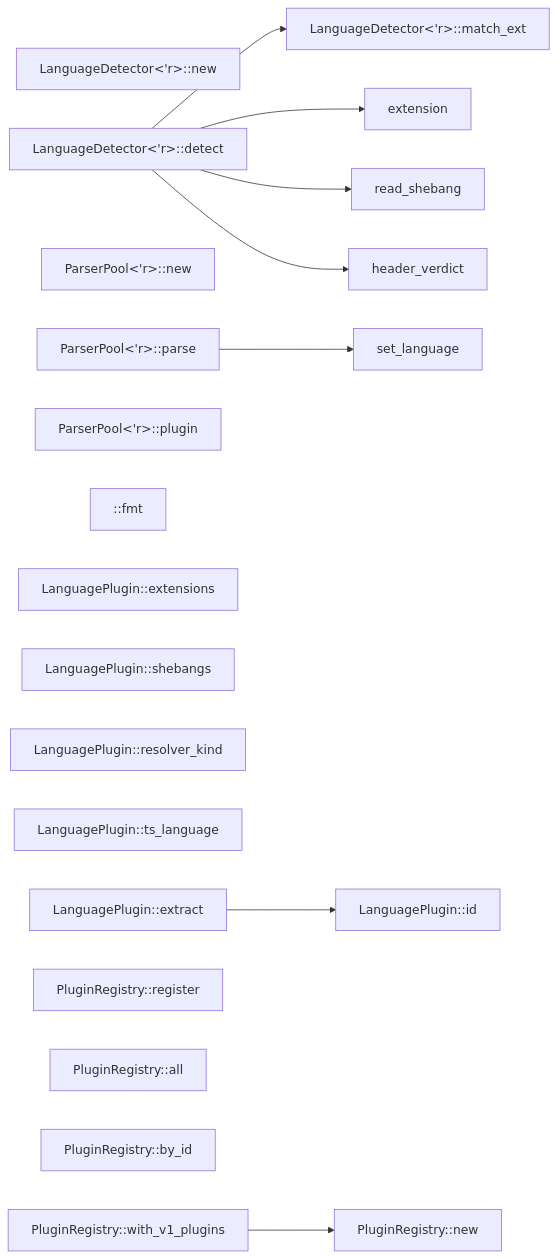
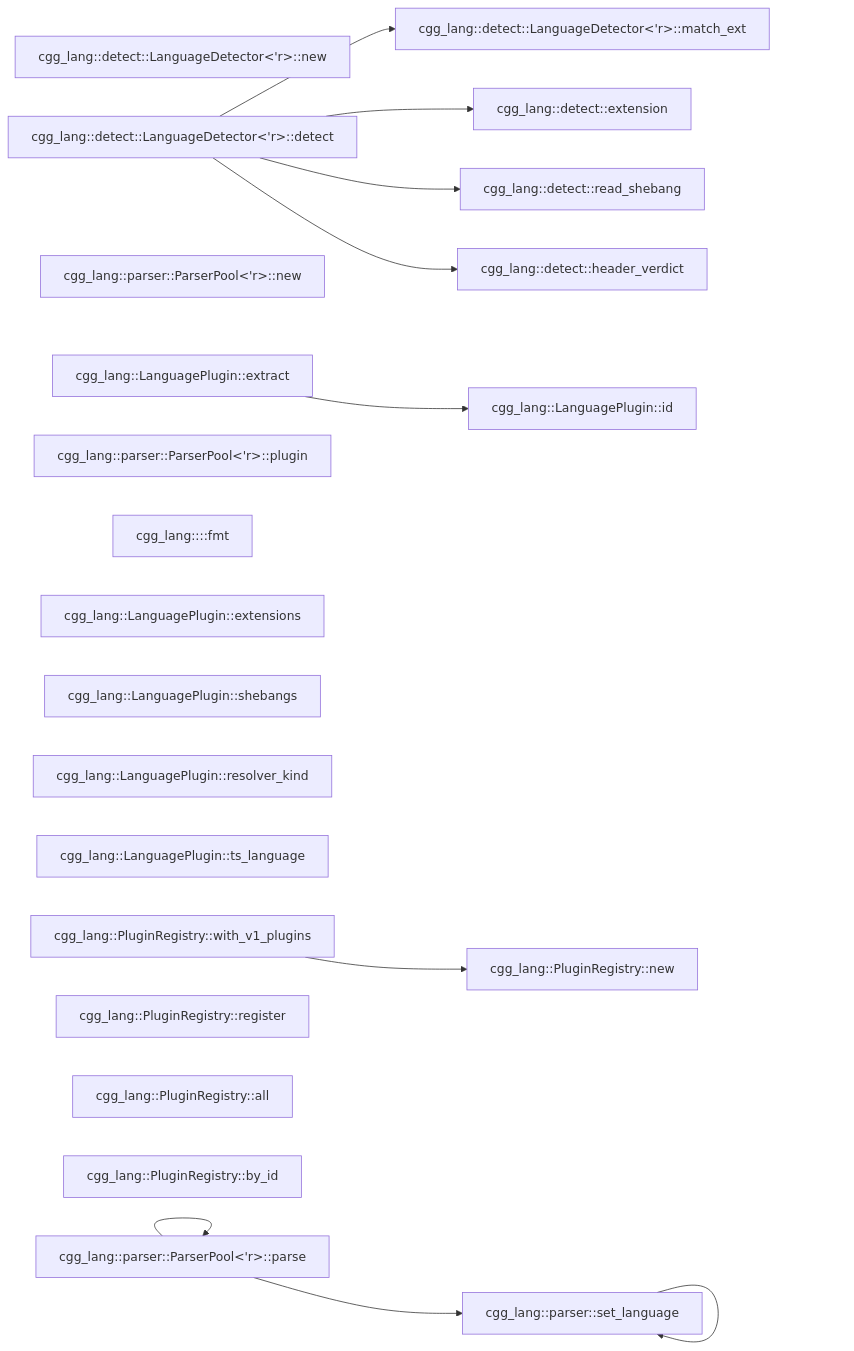
One commit to NeuralNotwerk/cgg changed the second of 2 diagrams in README.md. Above: the diagram before and after it, drawn with Mermaid. The commit also changed other lines of this file and 13 other files, not shown here.

````diff
--- a/README.md
+++ b/README.md
@@ -80,32 +80,34 @@
 ```mermaid
 flowchart LR
-  C0["LanguageDetector<'r>::new"]
-  C1["LanguageDetector<'r>::detect"]
-  C2["LanguageDetector<'r>::match_ext"]
-  C3["extension"]
-  C4["read_shebang"]
-  C5["header_verdict"]
-  C14["ParserPool<'r>::new"]
-  C15["ParserPool<'r>::parse"]
-  C16["ParserPool<'r>::plugin"]
-  C17["set_language"]
-  C21["<ResolverKind as fmt::Display>::fmt"]
-  C22["LanguagePlugin::id"]
-  C23["LanguagePlugin::extensions"]
-  C24["LanguagePlugin::shebangs"]
-  C25["LanguagePlugin::resolver_kind"]
-  C26["LanguagePlugin::ts_language"]
-  C27["LanguagePlugin::extract"]
-  C28["PluginRegistry::new"]
-  C29["PluginRegistry::register"]
-  C30["PluginRegistry::all"]
-  C31["PluginRegistry::by_id"]
-  C32["PluginRegistry::with_v1_plugins"]
+  C0["cgg_lang::detect::LanguageDetector<'r>::new"]
+  C1["cgg_lang::detect::LanguageDetector<'r>::detect"]
+  C2["cgg_lang::detect::LanguageDetector<'r>::match_ext"]
+  C3["cgg_lang::detect::extension"]
+  C4["cgg_lang::detect::read_shebang"]
+  C5["cgg_lang::detect::header_verdict"]
+  C14["cgg_lang::parser::ParserPool<'r>::new"]
+  C15["cgg_lang::parser::ParserPool<'r>::parse"]
+  C16["cgg_lang::parser::ParserPool<'r>::plugin"]
+  C17["cgg_lang::parser::set_language"]
+  C21["cgg_lang::<ResolverKind as fmt::Display>::fmt"]
+  C22["cgg_lang::LanguagePlugin::id"]
+  C23["cgg_lang::LanguagePlugin::extensions"]
+  C24["cgg_lang::LanguagePlugin::shebangs"]
+  C25["cgg_lang::LanguagePlugin::resolver_kind"]
+  C26["cgg_lang::LanguagePlugin::ts_language"]
+  C27["cgg_lang::LanguagePlugin::extract"]
+  C28["cgg_lang::PluginRegistry::new"]
+  C29["cgg_lang::PluginRegistry::register"]
+  C30["cgg_lang::PluginRegistry::all"]
+  C31["cgg_lang::PluginRegistry::by_id"]
+  C32["cgg_lang::PluginRegistry::with_v1_plugins"]
   C1 --> C2
   C1 --> C3
   C1 --> C4
   C1 --> C5
+  C15 --> C15
   C15 --> C17
+  C17 --> C17
   C27 --> C22
   C32 --> C28
 ```
````
